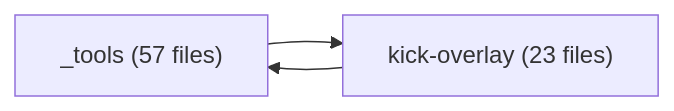
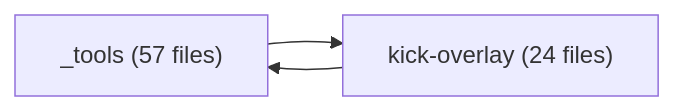
The diagram in features/INDEX.md (mateusant13/kick-youtube-overlay-for-twitch-with-adblock), drawn with Mermaid before and after one commit. The commit also changed other lines of this file and 11 other files, not shown here.

````diff
--- a/features/INDEX.md
+++ b/features/INDEX.md
@@ -15,7 +15,7 @@
 ```mermaid
 flowchart LR
   _tools["_tools (57 files)"]
-  kick_overlay["kick-overlay (23 files)"]
+  kick_overlay["kick-overlay (24 files)"]
   _tools --> kick_overlay
   kick_overlay --> _tools
 ```
````
